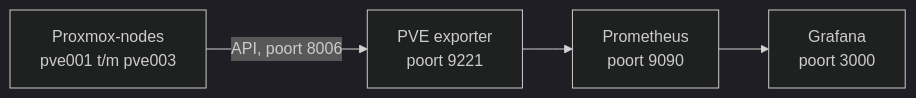
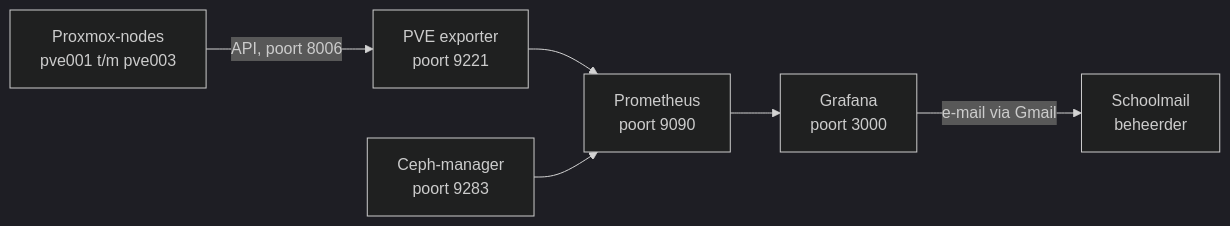
Before and after one commit to yourib38/Project_Nextline: the diagram in docs/cluster1/monitoring.md, drawn with Mermaid (dark theme). The commit also changed other lines of this file, not shown here.

````diff
--- a/docs/cluster1/monitoring.md
+++ b/docs/cluster1/monitoring.md
@@ -21,6 +24,8 @@
 ```mermaid
 flowchart LR
     A["Proxmox-nodes<br>pve001 t/m pve003"] -->|API, poort 8006| B["PVE exporter<br>poort 9221"]
     B --> C["Prometheus<br>poort 9090"]
+    E["Ceph-manager<br>poort 9283"] --> C
     C --> D["Grafana<br>poort 3000"]
+    D -->|e-mail via Gmail| F["Schoolmail<br>beheerder"]
 ```
````
